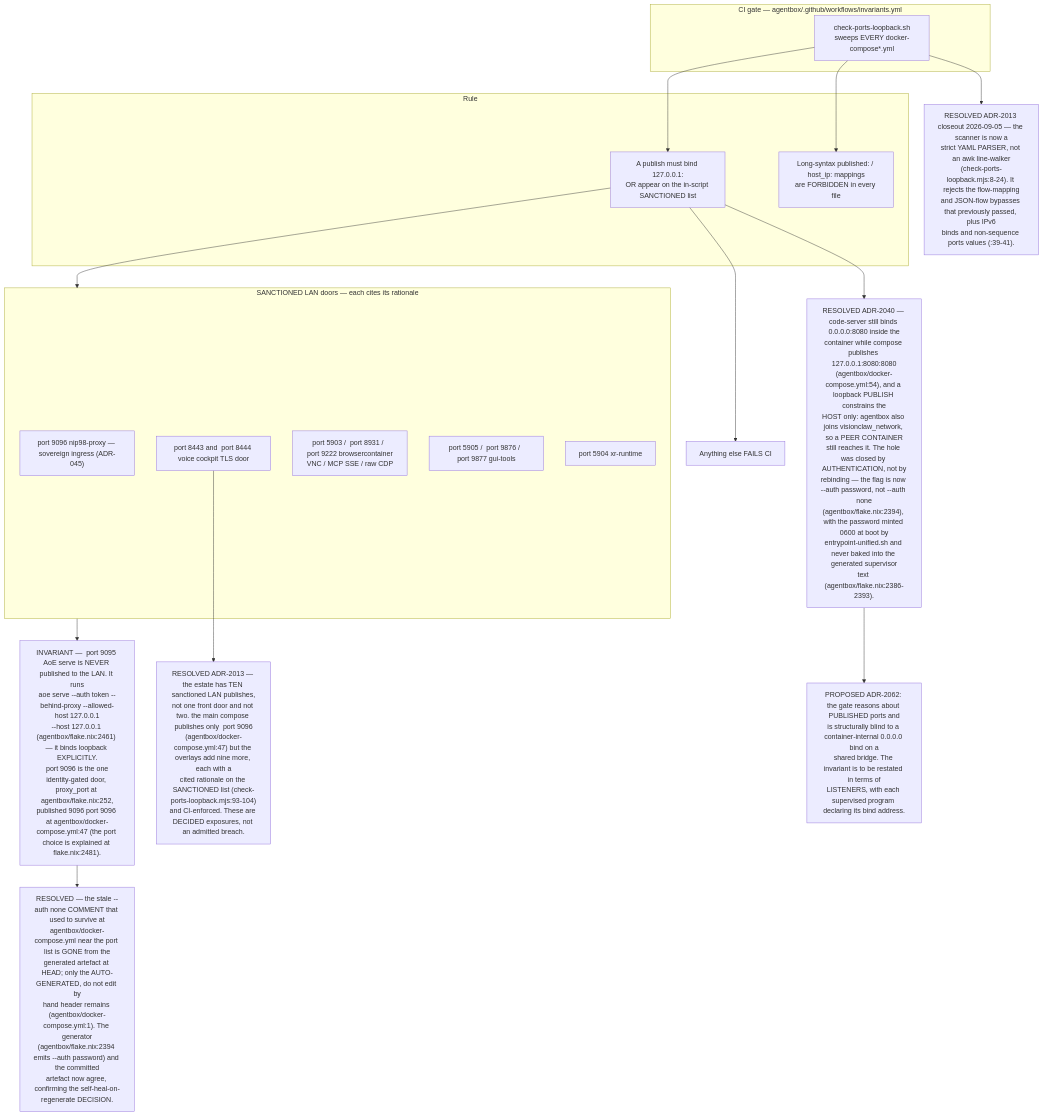
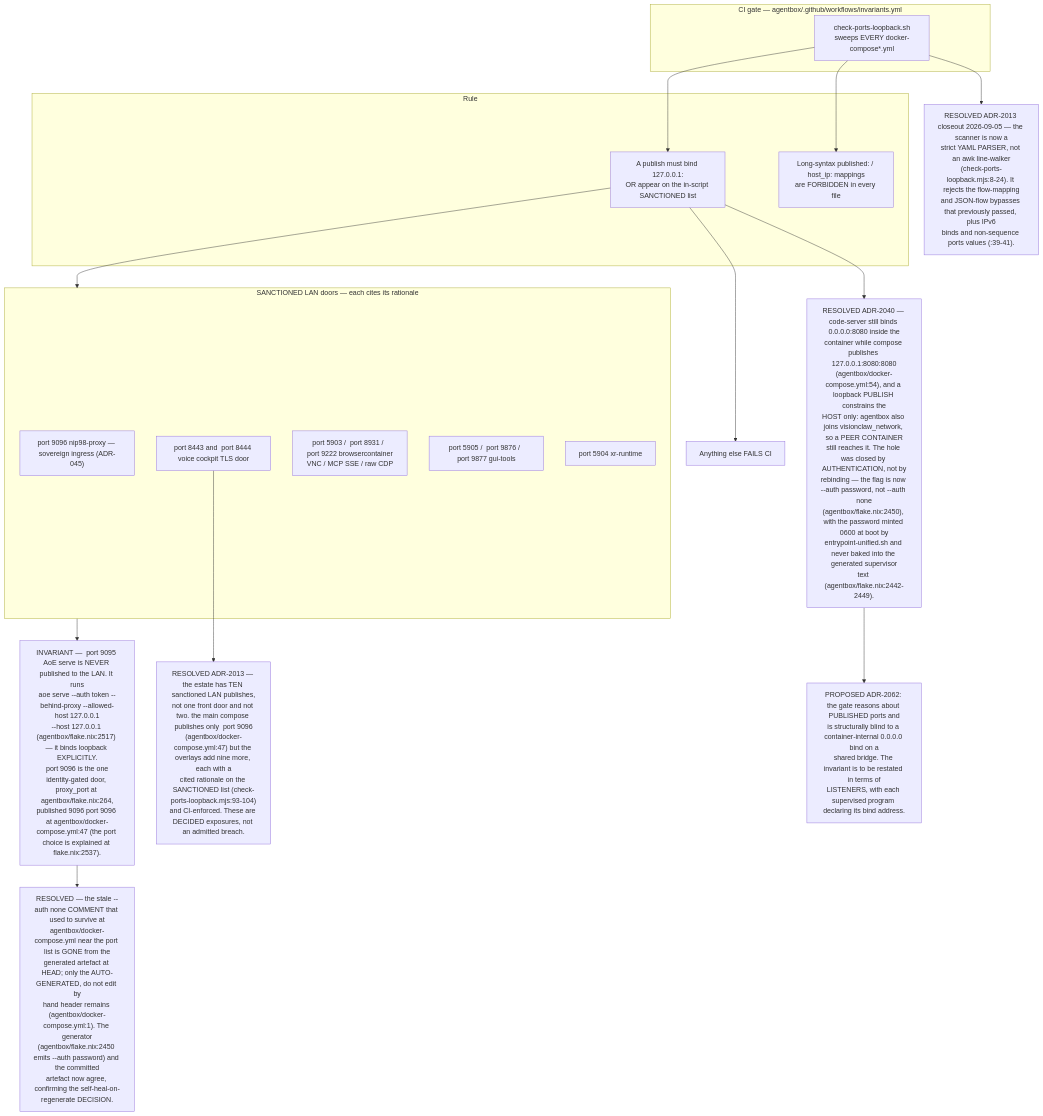
Before and after one commit to DreamLab-AI/VisionFlow: the eighth of 10 diagrams in docs/diagrams/estate/10-deployment-and-security-profiles.md, drawn with Mermaid. The commit also changed other lines of this file and 94 other files, not shown here.

First line of the commit message:
docs(diagrams): re-verify 130 topics against 2 October HEADs

````diff
--- a/docs/diagrams/estate/10-deployment-and-security-profiles.md
+++ b/docs/diagrams/estate/10-deployment-and-security-profiles.md
@@ -294,35 +294,35 @@
 ```mermaid
 flowchart TB
     subgraph ci["CI gate — agentbox/.github/workflows/invariants.yml"]
         SC["check-ports-loopback.sh<br/>sweeps EVERY docker-compose*.yml"]
     end
     subgraph rule["Rule"]
         R1["A publish must bind 127.0.0.1:<br/>OR appear on the in-script SANCTIONED list"]
         R2["Long-syntax published: / host_ip: mappings<br/>are FORBIDDEN in every file"]
     end
     subgraph sanctioned["SANCTIONED LAN doors — each cites its rationale"]
         P1[" port 9096 nip98-proxy — sovereign ingress (ADR-045)"]
         P2[" port 8443 and  port 8444 voice cockpit TLS door"]
         P3[" port 5903 /  port 8931 /  port 9222 browsercontainer<br/>VNC / MCP SSE / raw CDP"]
         P4[" port 5905 /  port 9876 /  port 9877 gui-tools"]
         P5[" port 5904 xr-runtime"]
     end
     FAIL["Anything else FAILS CI"]
-    INV["INVARIANT —  port 9095 AoE serve is NEVER published to the LAN. It runs<br/>aoe serve --auth token --behind-proxy --allowed-host 127.0.0.1<br/>--host 127.0.0.1 (agentbox/flake.nix:2461) — it binds loopback EXPLICITLY.<br/> port 9096 is the one identity-gated door, proxy_port at agentbox/flake.nix:252,<br/>published 9096 port 9096 at agentbox/docker-compose.yml:47 (the port choice is explained at flake.nix:2481)."]
+    INV["INVARIANT —  port 9095 AoE serve is NEVER published to the LAN. It runs<br/>aoe serve --auth token --behind-proxy --allowed-host 127.0.0.1<br/>--host 127.0.0.1 (agentbox/flake.nix:2517) — it binds loopback EXPLICITLY.<br/> port 9096 is the one identity-gated door, proxy_port at agentbox/flake.nix:264,<br/>published 9096 port 9096 at agentbox/docker-compose.yml:47 (the port choice is explained at flake.nix:2537)."]
     D1["RESOLVED ADR-2013 — the estate has TEN sanctioned LAN publishes,<br/>not one front door and not two. the main compose publishes only  port 9096<br/>(agentbox/docker-compose.yml:47) but the overlays add nine more, each with a<br/>cited rationale on the SANCTIONED list (check-ports-loopback.mjs:93-104)<br/>and CI-enforced. These are DECIDED exposures, not an admitted breach."]
     D2["RESOLVED ADR-2013 closeout 2026-09-05 — the scanner is now a<br/>strict YAML PARSER, not an awk line-walker<br/>(check-ports-loopback.mjs:8-24). It rejects the flow-mapping<br/>and JSON-flow bypasses that previously passed, plus IPv6<br/>binds and non-sequence ports values (:39-41)."]
-    D3["RESOLVED ADR-2040 — code-server still binds 0.0.0.0:8080 inside the<br/>container while compose publishes 127.0.0.1:8080:8080<br/>(agentbox/docker-compose.yml:54), and a loopback PUBLISH constrains the<br/>HOST only: agentbox also joins visionclaw_network, so a PEER CONTAINER<br/>still reaches it. The hole was closed by AUTHENTICATION, not by<br/>rebinding — the flag is now --auth password, not --auth none<br/>(agentbox/flake.nix:2394), with the password minted 0600 at boot by<br/>entrypoint-unified.sh and never baked into the generated supervisor<br/>text (agentbox/flake.nix:2386-2393)."]
+    D3["RESOLVED ADR-2040 — code-server still binds 0.0.0.0:8080 inside the<br/>container while compose publishes 127.0.0.1:8080:8080<br/>(agentbox/docker-compose.yml:54), and a loopback PUBLISH constrains the<br/>HOST only: agentbox also joins visionclaw_network, so a PEER CONTAINER<br/>still reaches it. The hole was closed by AUTHENTICATION, not by<br/>rebinding — the flag is now --auth password, not --auth none<br/>(agentbox/flake.nix:2450), with the password minted 0600 at boot by<br/>entrypoint-unified.sh and never baked into the generated supervisor<br/>text (agentbox/flake.nix:2442-2449)."]
     D5["PROPOSED ADR-2062: the gate reasons about PUBLISHED ports and<br/>is structurally blind to a container-internal 0.0.0.0 bind on a<br/>shared bridge. The invariant is to be restated in terms of<br/>LISTENERS, with each supervised program declaring its bind address."]
-    D4["RESOLVED — the stale --auth none COMMENT that used to survive at<br/>agentbox/docker-compose.yml near the port list is GONE from the<br/>generated artefact at HEAD; only the AUTO-GENERATED, do not edit by<br/>hand header remains (agentbox/docker-compose.yml:1). The generator<br/>(agentbox/flake.nix:2394 emits --auth password) and the committed<br/>artefact now agree, confirming the self-heal-on-regenerate DECISION."]
+    D4["RESOLVED — the stale --auth none COMMENT that used to survive at<br/>agentbox/docker-compose.yml near the port list is GONE from the<br/>generated artefact at HEAD; only the AUTO-GENERATED, do not edit by<br/>hand header remains (agentbox/docker-compose.yml:1). The generator<br/>(agentbox/flake.nix:2450 emits --auth password) and the committed<br/>artefact now agree, confirming the self-heal-on-regenerate DECISION."]
 
     SC --> R1
     SC --> R2
     R1 --> sanctioned
     R1 --> FAIL
     sanctioned --> INV
     P2 --> D1
     SC --> D2
     R1 --> D3
     INV --> D4
     D3 --> D5
 ```
````
